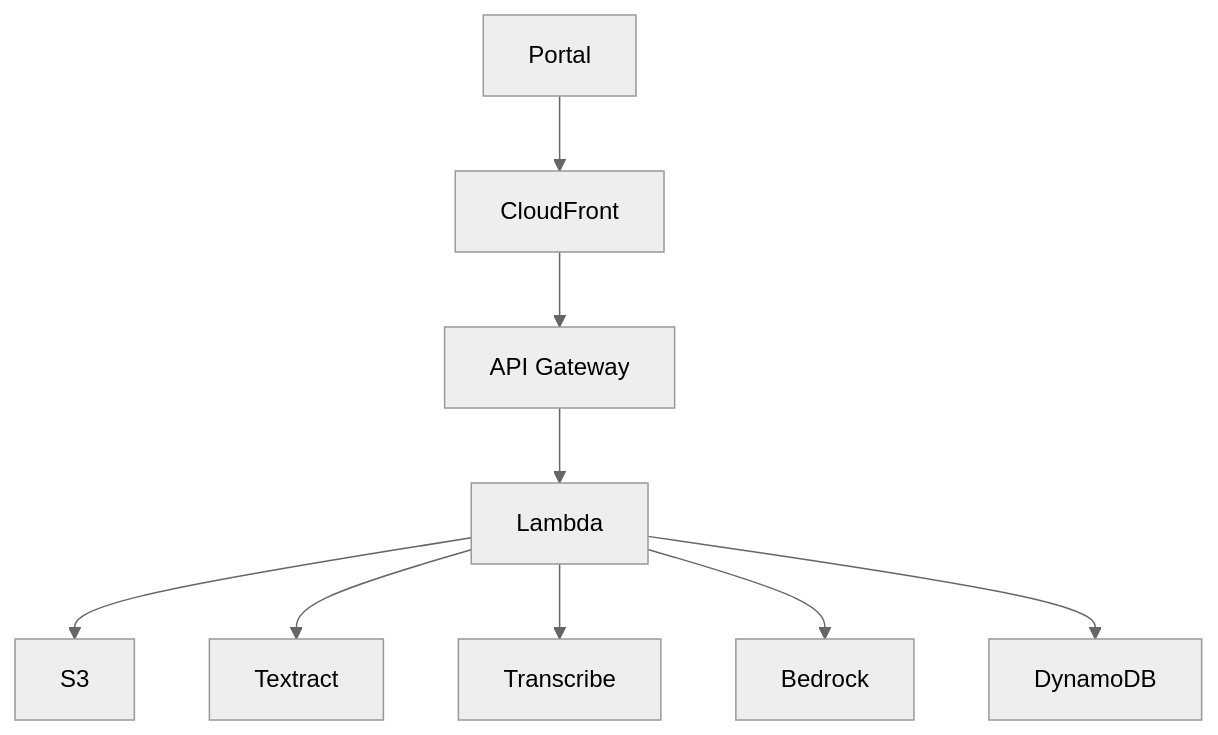
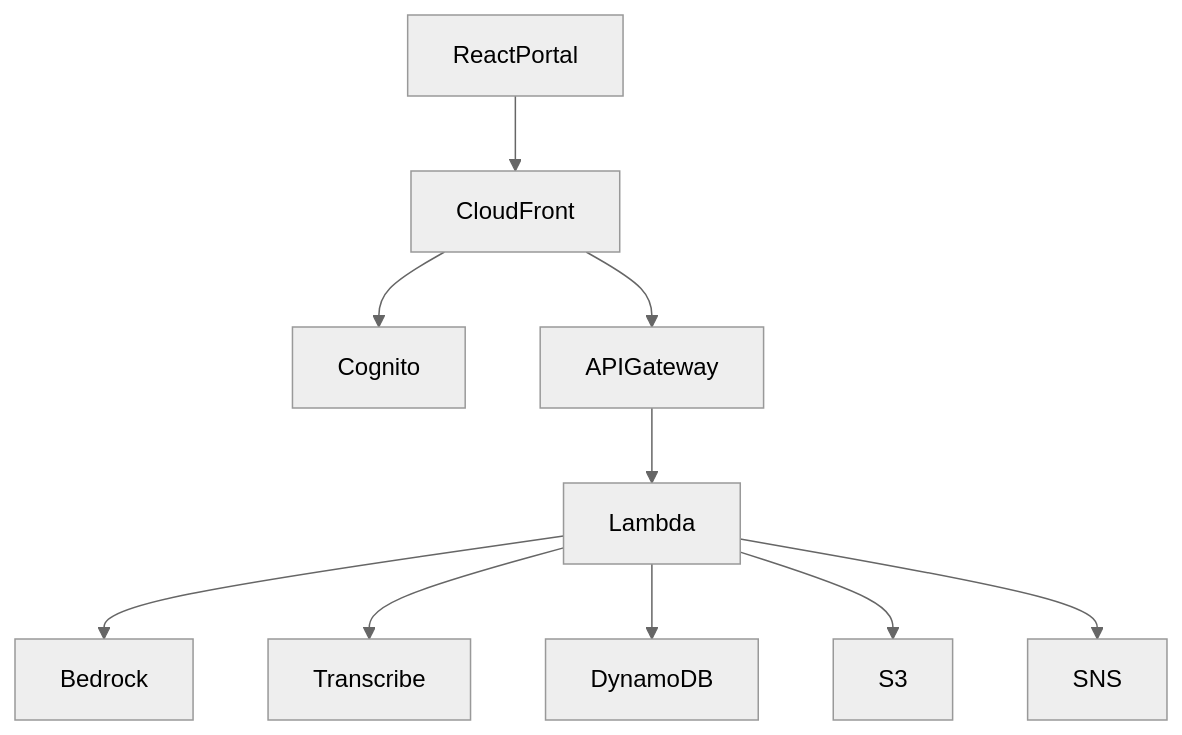
The fourth of 4 diagrams in README.md (pratap-rajan/dental-ai-tutor), drawn with Mermaid (neutral theme) before and after one commit. The commit also changed other lines of this file, not shown here.

````diff
--- a/README.md
+++ b/README.md
@@ -412,37 +558,41 @@
 ```mermaid
 flowchart TB
 
-Portal
-
 CloudFront
 
-S3
+ReactPortal
 
-API["API Gateway"]
+Cognito
+
+APIGateway
 
 Lambda
 
 Bedrock
 
-Textract
-
 Transcribe
 
 DynamoDB
 
-Portal --> CloudFront
+S3
 
-CloudFront --> API
+SNS
 
-API --> Lambda
+ReactPortal --> CloudFront
+
+CloudFront --> Cognito
+
+CloudFront --> APIGateway
+
+APIGateway --> Lambda
+
+Lambda --> Bedrock
+
+Lambda --> Transcribe
+
+Lambda --> DynamoDB
 
 Lambda --> S3
 
-Lambda --> Textract
-
-Lambda --> Transcribe
-
-Lambda --> Bedrock
-
-Lambda --> DynamoDB
+Lambda --> SNS
 ```
````
